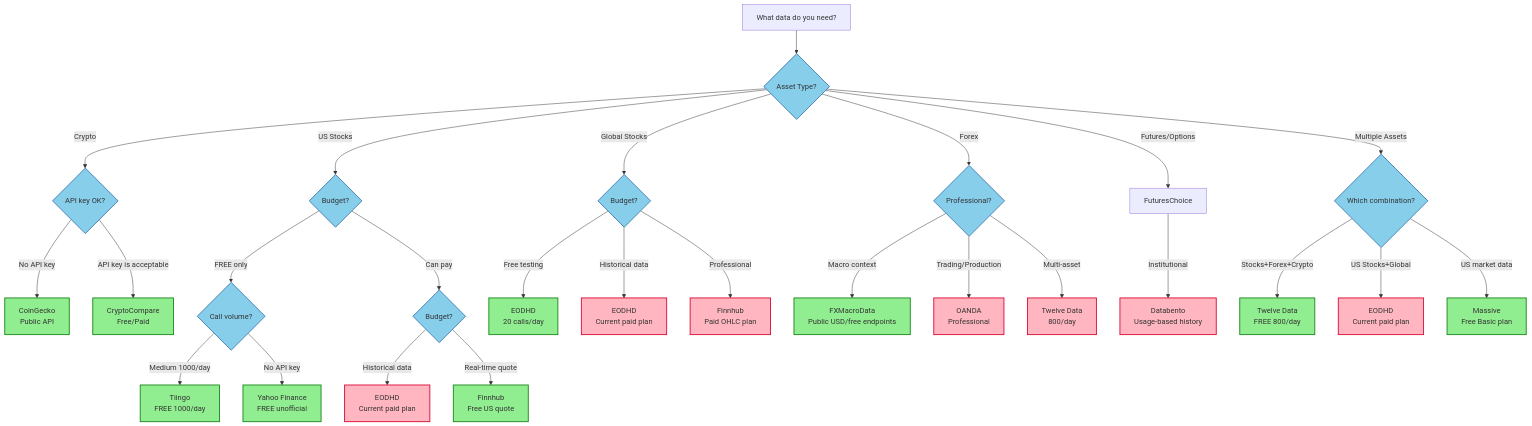
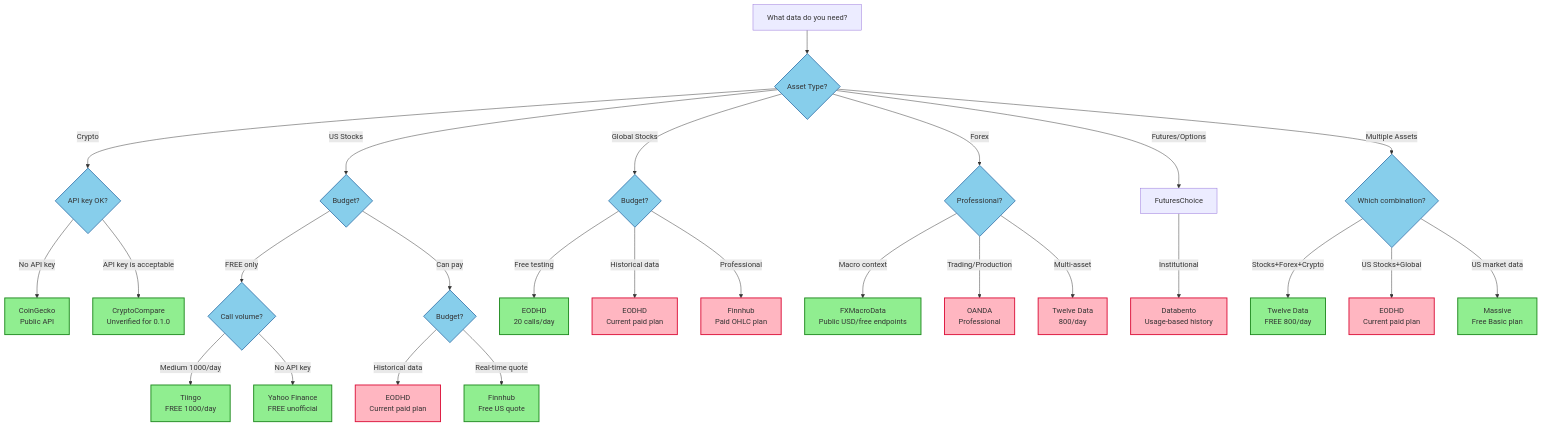
The diagram in docs/getting-started/provider-selection.md (ml4t/data), drawn with Mermaid before and after one commit. The commit also changed other lines of this file and 7 other files, not shown here.

````diff
--- a/docs/getting-started/provider-selection.md
+++ b/docs/getting-started/provider-selection.md
@@ -7,52 +10,52 @@
 ```mermaid
 flowchart TD
     Start[What data do you need?] --> AssetType{Asset Type?}
 
     AssetType -->|Crypto| CryptoChoice{API key OK?}
     AssetType -->|US Stocks| USChoice{Budget?}
     AssetType -->|Global Stocks| GlobalChoice{Budget?}
     AssetType -->|Forex| ForexChoice{Professional?}
     AssetType -->|Futures/Options| FuturesChoice
     AssetType -->|Multiple Assets| MultiChoice{Which combination?}
 
     %% Crypto Path
     CryptoChoice -->|No API key| CoinGecko[CoinGecko<br/>Public API]
-    CryptoChoice -->|API key is acceptable| CryptoCompare[CryptoCompare<br/>Free/Paid]
+    CryptoChoice -->|API key is acceptable| CryptoCompare[CryptoCompare<br/>Unverified for 0.1.0]
 
     %% US Stocks Path
     USChoice -->|FREE only| USFree{Call volume?}
     USChoice -->|Can pay| USPaid{Budget?}
 
     USFree -->|Medium 1000/day| Tiingo[Tiingo<br/>FREE 1000/day]
     USFree -->|No API key| Yahoo[Yahoo Finance<br/>FREE unofficial]
 
     USPaid -->|Historical data| EODHD[EODHD<br/>Current paid plan]
     USPaid -->|Real-time quote| Finnhub[Finnhub<br/>Free US quote]
 
     %% Global Stocks Path
     GlobalChoice -->|Free testing| EODHDFree[EODHD<br/>20 calls/day]
     GlobalChoice -->|Historical data| EODHDPaid[EODHD<br/>Current paid plan]
     GlobalChoice -->|Professional| FinnhubGlobal[Finnhub<br/>Paid OHLC plan]
 
     %% Forex Path
     ForexChoice -->|Macro context| FXMacroData[FXMacroData<br/>Public USD/free endpoints]
     ForexChoice -->|Trading/Production| OANDA[OANDA<br/>Professional]
     ForexChoice -->|Multi-asset| TwelveDataForex[Twelve Data<br/>800/day]
 
     %% Futures Path
     FuturesChoice -->|Institutional| Databento[Databento<br/>Usage-based history]
 
     %% Multi-Asset Path
     MultiChoice -->|Stocks+Forex+Crypto| TwelveData[Twelve Data<br/>FREE 800/day]
     MultiChoice -->|US Stocks+Global| EODHDMulti[EODHD<br/>Current paid plan]
     MultiChoice -->|US market data| MassiveMulti[Massive<br/>Free Basic plan]
 
     %% Style definitions
     classDef freeProvider fill:#90EE90,stroke:#228B22,stroke-width:2px
     classDef paidProvider fill:#FFB6C1,stroke:#DC143C,stroke-width:2px
     classDef decision fill:#87CEEB,stroke:#4682B4,stroke-width:2px
 
     class CoinGecko,Tiingo,Yahoo,EODHDFree,TwelveData,CryptoCompare,FXMacroData,Finnhub,MassiveMulti freeProvider
     class EODHD,EODHDPaid,FinnhubGlobal,OANDA,Databento,TwelveDataForex,EODHDMulti paidProvider
     class AssetType,CryptoChoice,USChoice,GlobalChoice,ForexChoice,USFree,USPaid,GlobalChoice,ForexChoice,MultiChoice decision
 ```
````
